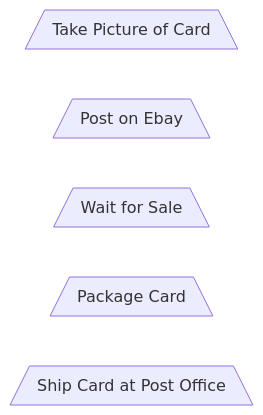
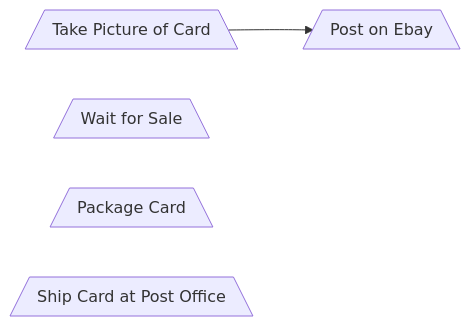
One commit to 1900nudy/Labs changed the diagram in Diagram.md. Above: the diagram before and after it, drawn with Mermaid.

````diff
--- a/Diagram.md
+++ b/Diagram.md
@@ -1,11 +1,11 @@
 ```mermaid
 flowchart LR
      A[/Take Picture of Card\]
      B[/Post on Ebay\]
      C[/Wait for Sale\]
      D[/Package Card\]
      E[/Ship Card at Post Office\]
-
+A-->B
      
 
 ```
````
